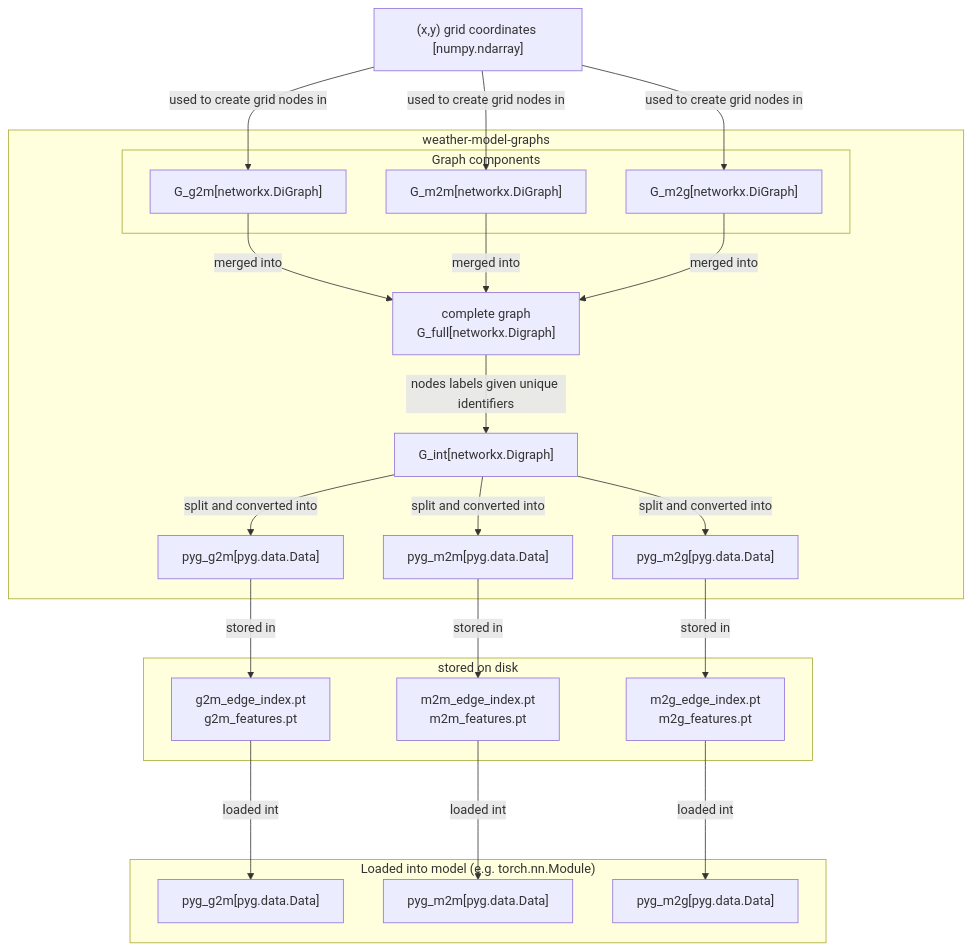
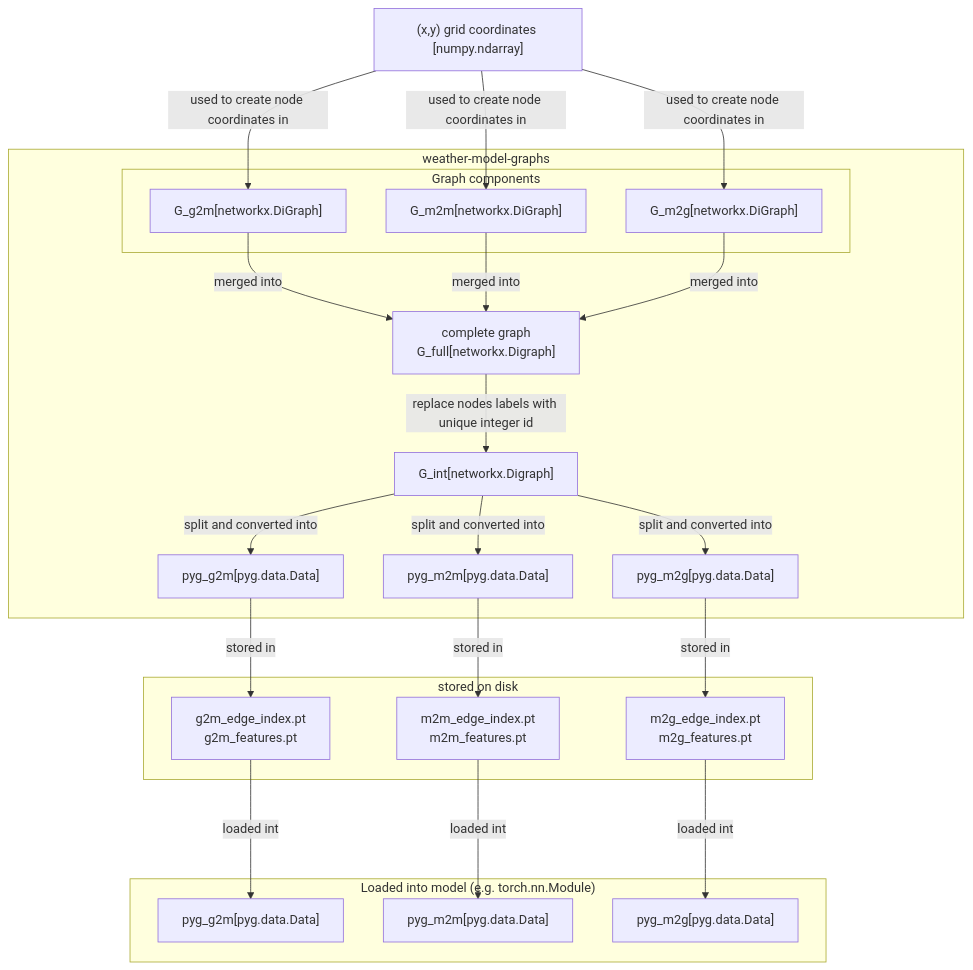
Before and after one commit to mllam/weather-model-graphs: the diagram in README.md, drawn with Mermaid. The commit also changed other lines of this file, not shown here.

Commit message:
tweak README text

````diff
--- a/README.md
+++ b/README.md
@@ -67,50 +68,49 @@
 ```mermaid
 graph TB
 
 xy_grid["(x,y) grid coordinates [numpy.ndarray]"]
 
 subgraph weather_model_graphs["weather-model-graphs"]
-
     subgraph graph_components["Graph components"]
         G_g2m["G_g2m[networkx.DiGraph]"]
         G_m2m["G_m2m[networkx.DiGraph]"]
         G_m2g["G_m2g[networkx.DiGraph]"]
     end
 
     G_g2m --merged into --> G_full
     G_m2m --merged into --> G_full
     G_m2g --merged into --> G_full
 
     G_full["complete graph\nG_full[networkx.Digraph]"]
 
-    G_full --nodes labels given unique identifiers--> G_full_int["G_int[networkx.Digraph]"]
+    G_full --replace nodes labels with unique integer id--> G_full_int["G_int[networkx.Digraph]"]
 
     G_full_int --split and converted into --> pyg_g2m["pyg_g2m[pyg.data.Data]"]
     G_full_int --split and converted into --> pyg_m2m["pyg_m2m[pyg.data.Data]"]
     G_full_int --split and converted into --> pyg_m2g["pyg_m2g[pyg.data.Data]"]
 end
 
-xy_grid --used to create grid nodes in --> G_g2m
-xy_grid --used to create grid nodes in --> G_m2g
-xy_grid --used to create grid nodes in --> G_m2m
+xy_grid --used to create node coordinates in --> G_g2m
+xy_grid --used to create node coordinates in --> G_m2g
+xy_grid --used to create node coordinates in --> G_m2m
 
 subgraph stored_on_disk["stored on disk"]
     pyg_g2m_file["g2m_edge_index.pt\ng2m_features.pt"]
     pyg_m2m_file["m2m_edge_index.pt\nm2m_features.pt"]
     pyg_m2g_file["m2g_edge_index.pt\nm2g_features.pt"]
 end
 
 pyg_g2m --stored in--> pyg_g2m_file
 pyg_m2m --stored in--> pyg_m2m_file
 pyg_m2g --stored in--> pyg_m2g_file
 
 subgraph pyg_loaded["Loaded into model (e.g. torch.nn.Module)"]
     pyg_g2m_loaded["pyg_g2m[pyg.data.Data]"]
     pyg_m2m_loaded["pyg_m2m[pyg.data.Data]"]
     pyg_m2g_loaded["pyg_m2g[pyg.data.Data]"]
 end
 
 pyg_g2m_file --loaded into--> pyg_g2m_loaded
 pyg_m2m_file --loaded into--> pyg_m2m_loaded
 pyg_m2g_file --loaded into--> pyg_m2g_loaded
 ```
````
